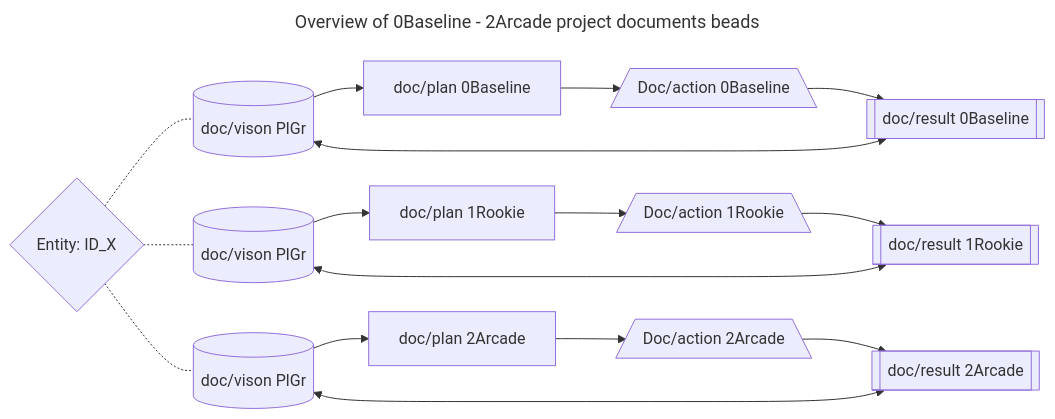
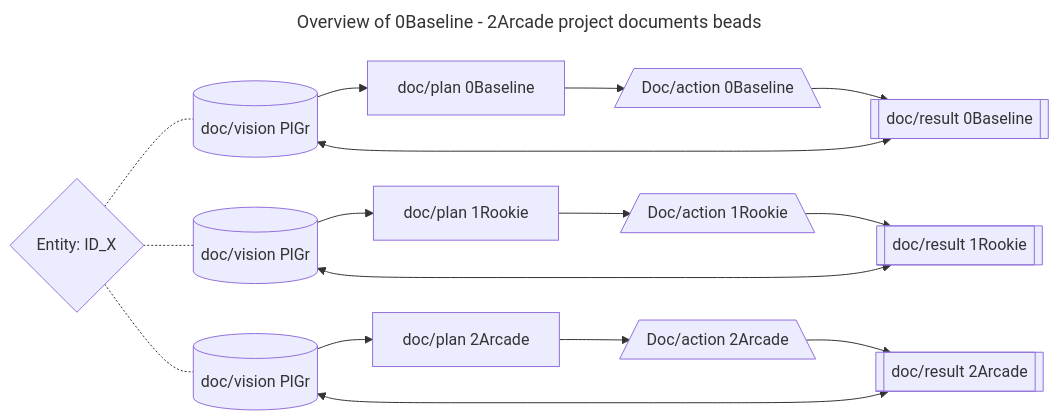
The diagram in README.md (RoysSpaceXL/PlayGround), drawn with Mermaid before and after one commit. The commit also changed other lines of this file and 1 other file, not shown here.

Commit message:
progr 7/3/25-3

````diff
--- a/README.md
+++ b/README.md
@@ -38,47 +40,47 @@
 ```mermaid 
 ---
 title: Overview of 0Baseline - 2Arcade project documents beads
 
 ---
 graph LR;
     ID_X{Entity: ID_X};
 
-    H471[(doc/vison PlGr)]
+    H471[(doc/vision PlGr)]
     I471[doc/plan 0Baseline]
     J471[/Doc/action 0Baseline\]
     K471[[doc/result 0Baseline]]
 
     H471 --> I471
     I471 --> J471
     J471 --> K471
     K471<--> H471
 
     ID_X -.- H471
 
 
-    H472[(doc/vison PlGr)]
+    H472[(doc/vision PlGr)]
     I472[doc/plan 1Rookie]
     J472[/Doc/action 1Rookie\]
     K472[[doc/result 1Rookie]]
 
     H472 --> I472
     I472 --> J472
     J472 --> K472
     K472<--> H472
 
     ID_X -.- H472
 
 
-    H473[(doc/vison PlGr)]
+    H473[(doc/vision PlGr)]
     I473[doc/plan 2Arcade]
     J473[/Doc/action 2Arcade\]
     K473[[doc/result 2Arcade]]
 
     H473 --> I473
     I473 --> J473
     J473 --> K473
     K473<--> H473
 
     ID_X -.- H473
 
 ```
````
